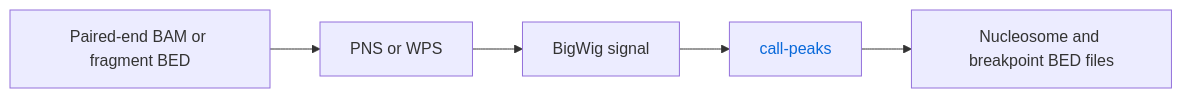
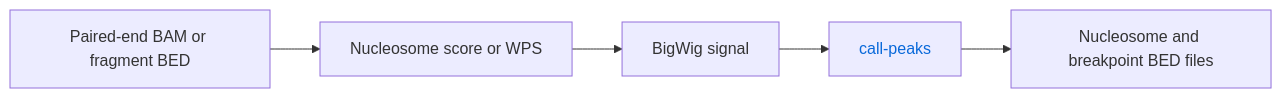
Before and after one commit to adjohnston85/NucleoSuite: the seventh of 18 diagrams in docs/WORKFLOWS.md, drawn with Mermaid. The commit also changed other lines of this file and 77 other files, not shown here.

````diff
--- a/docs/WORKFLOWS.md
+++ b/docs/WORKFLOWS.md
@@ -187,11 +187,11 @@
 ```mermaid
 flowchart LR
-    A[Paired-end BAM or fragment BED] --> B[PNS or WPS]
+    A[Paired-end BAM or fragment BED] --> B[Nucleosome score or WPS]
     B --> C[BigWig signal]
     C --> D[call-peaks]
     D --> E[Nucleosome and breakpoint BED files]
 
     classDef commandLink color:#0969da,text-decoration:none;
     class D commandLink;
     click D href "https://github.com/adjohnston85/NucleoSuite/blob/main/docs/commands/call-peaks.md" "Open call-peaks documentation"
 ```
````
